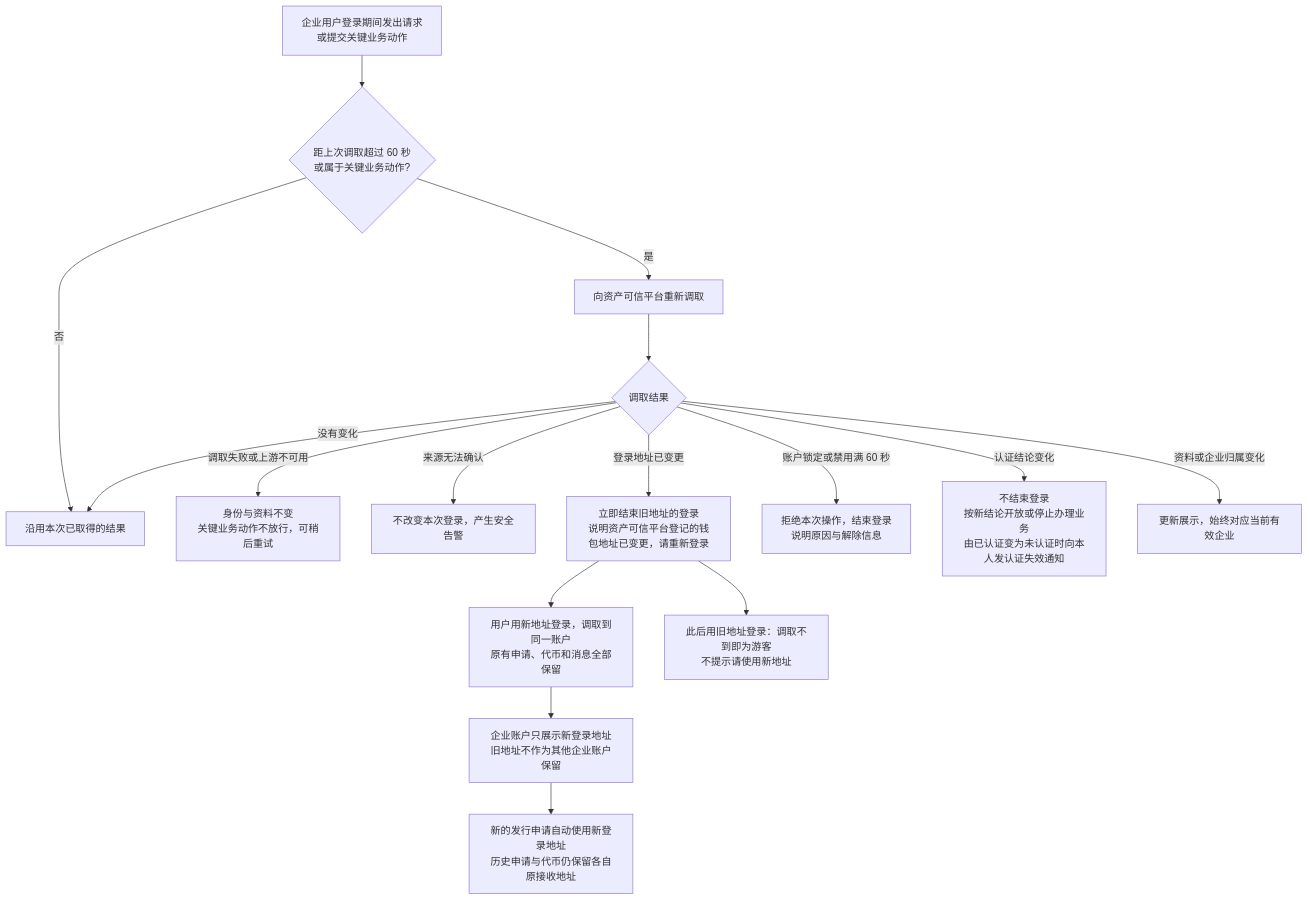
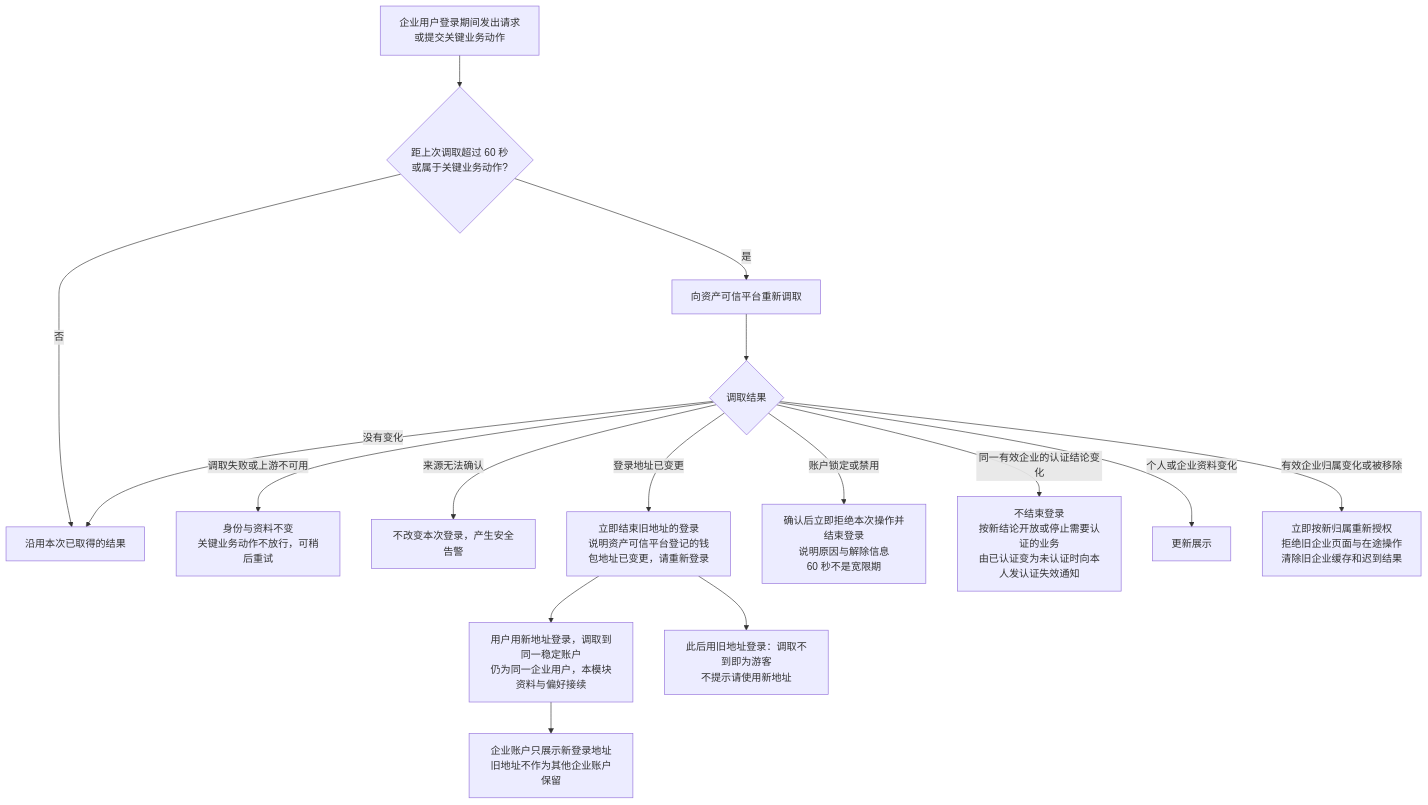
The third of 5 diagrams in token-issuance-platform/PRD/面客端/M1-企业登录与企业账户/02-企业登录与企业账户-流程图与状态机.md (wxblockchain/Chain-Financing), drawn with Mermaid before and after one commit. The commit also changed other lines of this file and 3 other files, not shown here.

````diff
--- a/token-issuance-platform/PRD/面客端/M1-企业登录与企业账户/02-企业登录与企业账户-流程图与状态机.md
+++ b/token-issuance-platform/PRD/面客端/M1-企业登录与企业账户/02-企业登录与企业账户-流程图与状态机.md
@@ -64,18 +64,18 @@
 ```mermaid
 flowchart TD
     A[企业用户登录期间发出请求<br/>或提交关键业务动作] --> B{距上次调取超过 60 秒<br/>或属于关键业务动作?}
     B -->|否| B1[沿用本次已取得的结果]
     B -->|是| C[向资产可信平台重新调取]
     C --> D{调取结果}
     D -->|调取失败或上游不可用| D1[身份与资料不变<br/>关键业务动作不放行，可稍后重试]
     D -->|来源无法确认| D2[不改变本次登录，产生安全告警]
     D -->|没有变化| B1
     D -->|登录地址已变更| E[立即结束旧地址的登录<br/>说明资产可信平台登记的钱包地址已变更，请重新登录]
-    D -->|账户锁定或禁用满 60 秒| F[拒绝本次操作，结束登录<br/>说明原因与解除信息]
-    D -->|认证结论变化| G[不结束登录<br/>按新结论开放或停止办理业务<br/>由已认证变为未认证时向本人发认证失效通知]
-    D -->|资料或企业归属变化| H[更新展示，始终对应当前有效企业]
-    E --> I[用户用新地址登录，调取到同一账户<br/>原有申请、代币和消息全部保留]
+    D -->|账户锁定或禁用| F[确认后立即拒绝本次操作并结束登录<br/>说明原因与解除信息<br/>60 秒不是宽限期]
+    D -->|同一有效企业的认证结论变化| G[不结束登录<br/>按新结论开放或停止需要认证的业务<br/>由已认证变为未认证时向本人发认证失效通知]
+    D -->|个人或企业资料变化| H[更新展示]
+    D -->|有效企业归属变化或被移除| H1[立即按新归属重新授权<br/>拒绝旧企业页面与在途操作<br/>清除旧企业缓存和迟到结果]
+    E --> I[用户用新地址登录，调取到同一稳定账户<br/>仍为同一企业用户，本模块资料与偏好接续]
     I --> J[企业账户只展示新登录地址<br/>旧地址不作为其他企业账户保留]
-    J --> M[新的发行申请自动使用新登录地址<br/>历史申请与代币仍保留各自原接收地址]
     E --> N[此后用旧地址登录：调取不到即为游客<br/>不提示请使用新地址]
 ```
````
